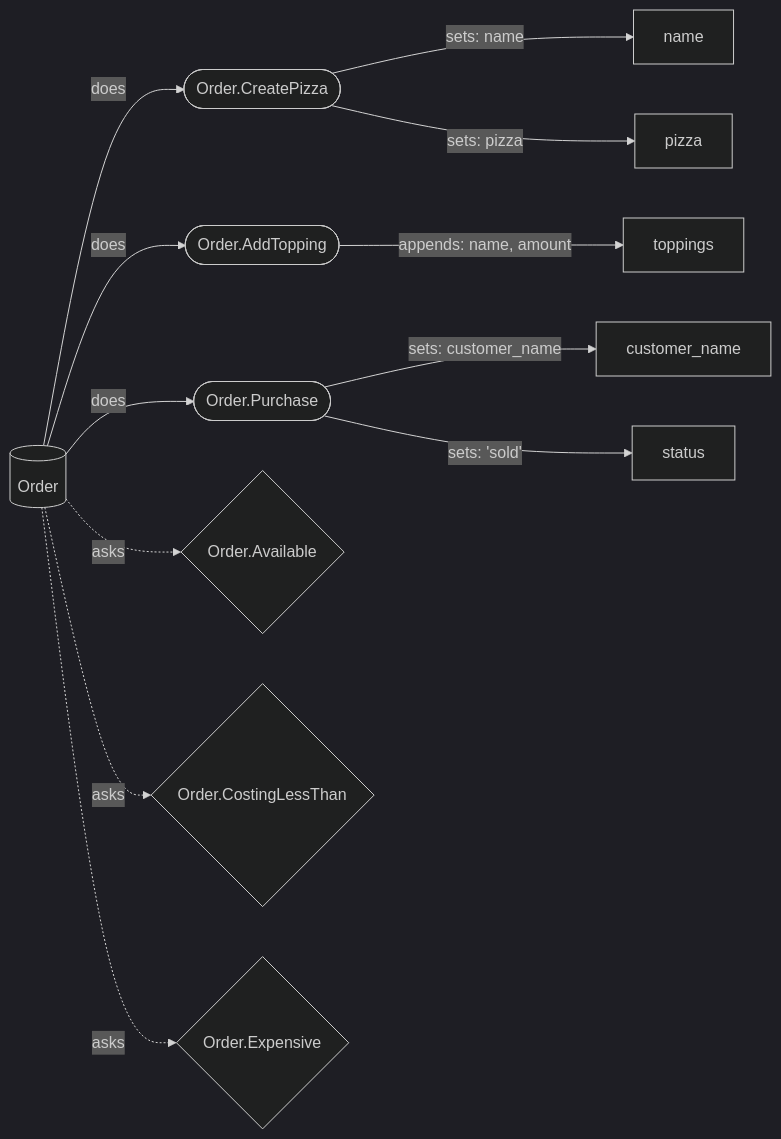
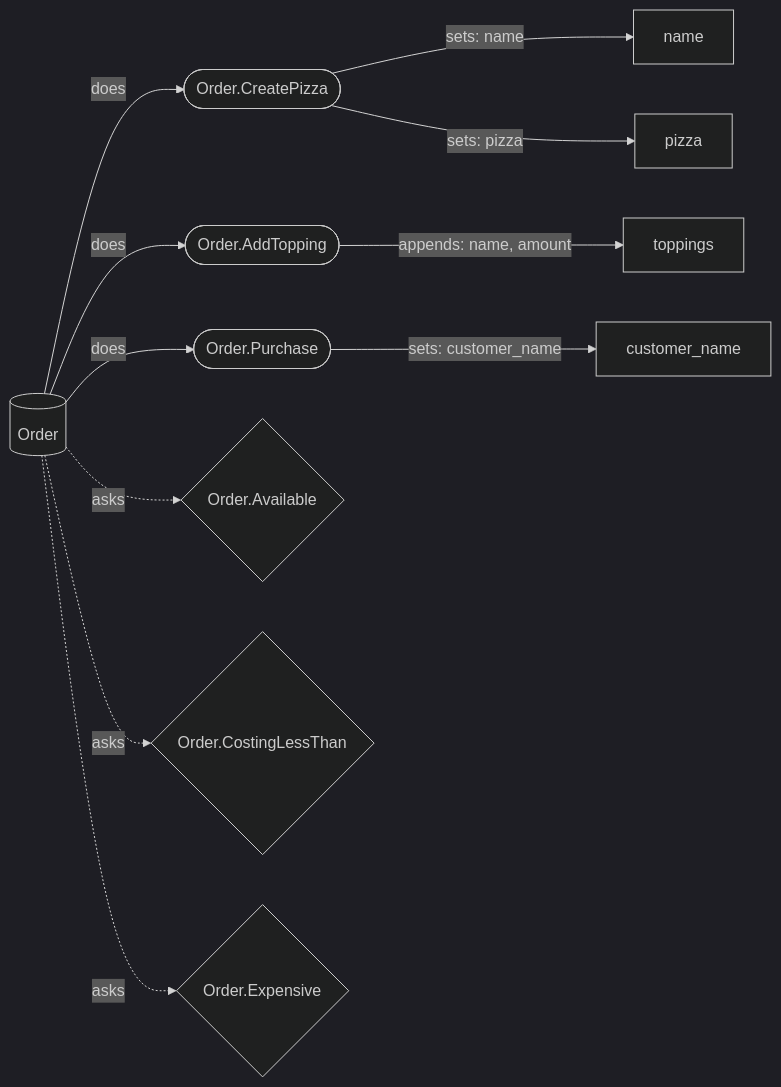
Before and after one commit to heckslabs/hecks: the diagram in docs/generated/diagrams/pizzas/Order_surface.mmd, drawn with Mermaid (dark theme). The commit also changed 79 other files, not shown here.

```diff
--- a/docs/generated/diagrams/pizzas/Order_surface.mmd
+++ b/docs/generated/diagrams/pizzas/Order_surface.mmd
@@ -1,14 +1,13 @@
 %% GENERATED by bin/project_diagrams from Order's own declared commands (and what each writes) and queries — DO NOT EDIT BY HAND.
 %% Re-run `bin/project_diagrams <domain-path> Pizzas` after any change.
 flowchart LR
     Order[(Order)] -->|does| cmd_Order_CreatePizza(["Order.CreatePizza"])
     Order[(Order)] -->|does| cmd_Order_AddTopping(["Order.AddTopping"])
     Order[(Order)] -->|does| cmd_Order_Purchase(["Order.Purchase"])
     cmd_Order_CreatePizza(["Order.CreatePizza"]) -->|"sets: name"| attr_Order_name[name]
     cmd_Order_CreatePizza(["Order.CreatePizza"]) -->|"sets: pizza"| attr_Order_pizza[pizza]
     cmd_Order_AddTopping(["Order.AddTopping"]) -->|"appends: name, amount"| attr_Order_toppings[toppings]
     cmd_Order_Purchase(["Order.Purchase"]) -->|"sets: customer_name"| attr_Order_customer_name[customer_name]
-    cmd_Order_Purchase(["Order.Purchase"]) -->|"sets: 'sold'"| attr_Order_status[status]
     Order[(Order)] -.->|asks| qry_Order_Available{"Order.Available"}
     Order[(Order)] -.->|asks| qry_Order_CostingLessThan{"Order.CostingLessThan"}
     Order[(Order)] -.->|asks| qry_Order_Expensive{"Order.Expensive"}
```
